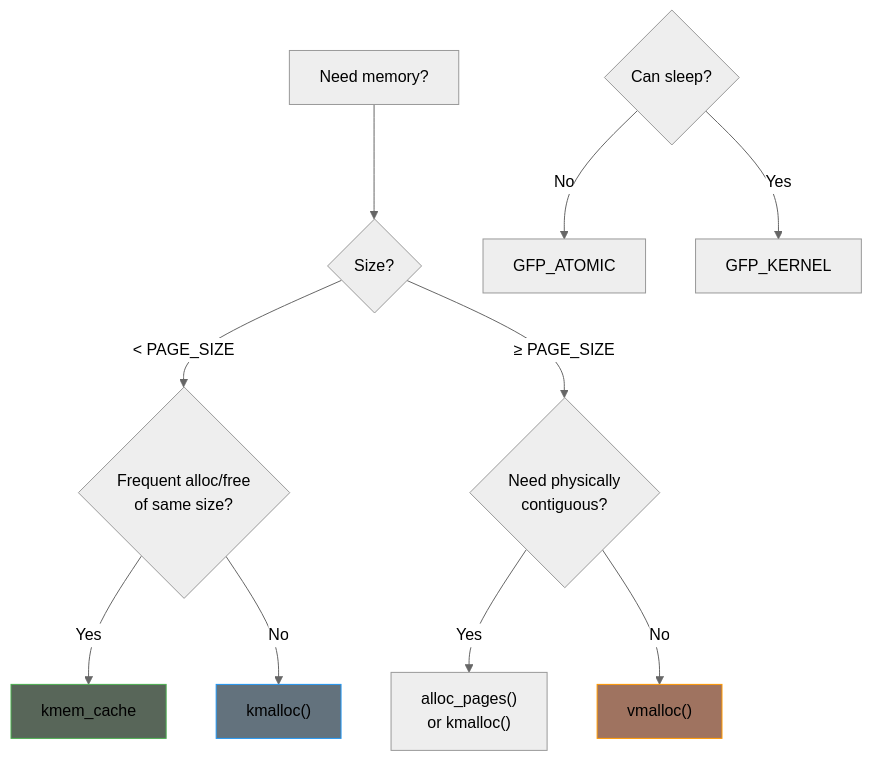
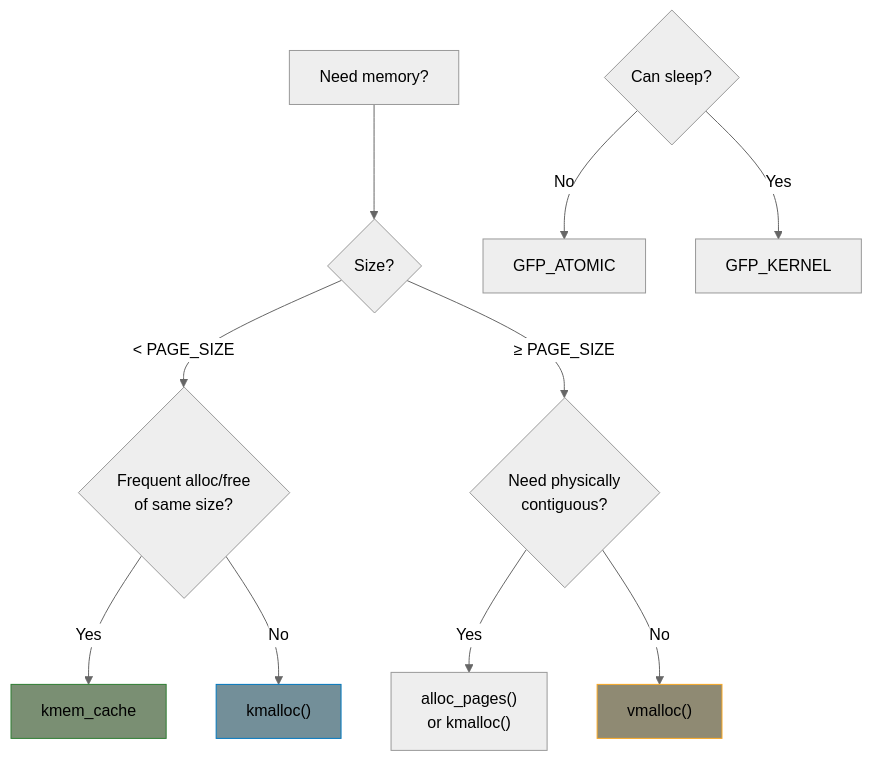
The second of 2 diagrams in part5/index.md (MichaelTien8901/linux-driver-guide-tutorial), drawn with Mermaid (neutral theme) before and after one commit. The commit also changed other lines of this file and 36 other files, not shown here.

Commit message:
Fix mermaid diagram colors to use consistent paper-like theme

````diff
--- a/part5/index.md
+++ b/part5/index.md
@@ -53,22 +53,22 @@
 ```mermaid
 flowchart TD
     Start["Need memory?"]
     Size{"Size?"}
     Contig{"Need physically<br/>contiguous?"}
     Sleep{"Can sleep?"}
     Freq{"Frequent alloc/free<br/>of same size?"}
 
     Start --> Size
     Size -->|"< PAGE_SIZE"| Freq
     Freq -->|Yes| Slab["kmem_cache"]
     Freq -->|No| Small["kmalloc()"]
     Size -->|"≥ PAGE_SIZE"| Contig
     Contig -->|Yes| Pages["alloc_pages()<br/>or kmalloc()"]
     Contig -->|No| Large["vmalloc()"]
     Sleep -->|No| Atomic["GFP_ATOMIC"]
     Sleep -->|Yes| Kernel["GFP_KERNEL"]
 
-    style Slab fill:#586659,stroke:#4caf50
-    style Small fill:#63727d,stroke:#2196f3
-    style Large fill:#9f7360,stroke:#ff9800
+    style Slab fill:#7a8f73,stroke:#2e7d32
+    style Small fill:#738f99,stroke:#0277bd
+    style Large fill:#8f8a73,stroke:#f9a825
 ```
````
